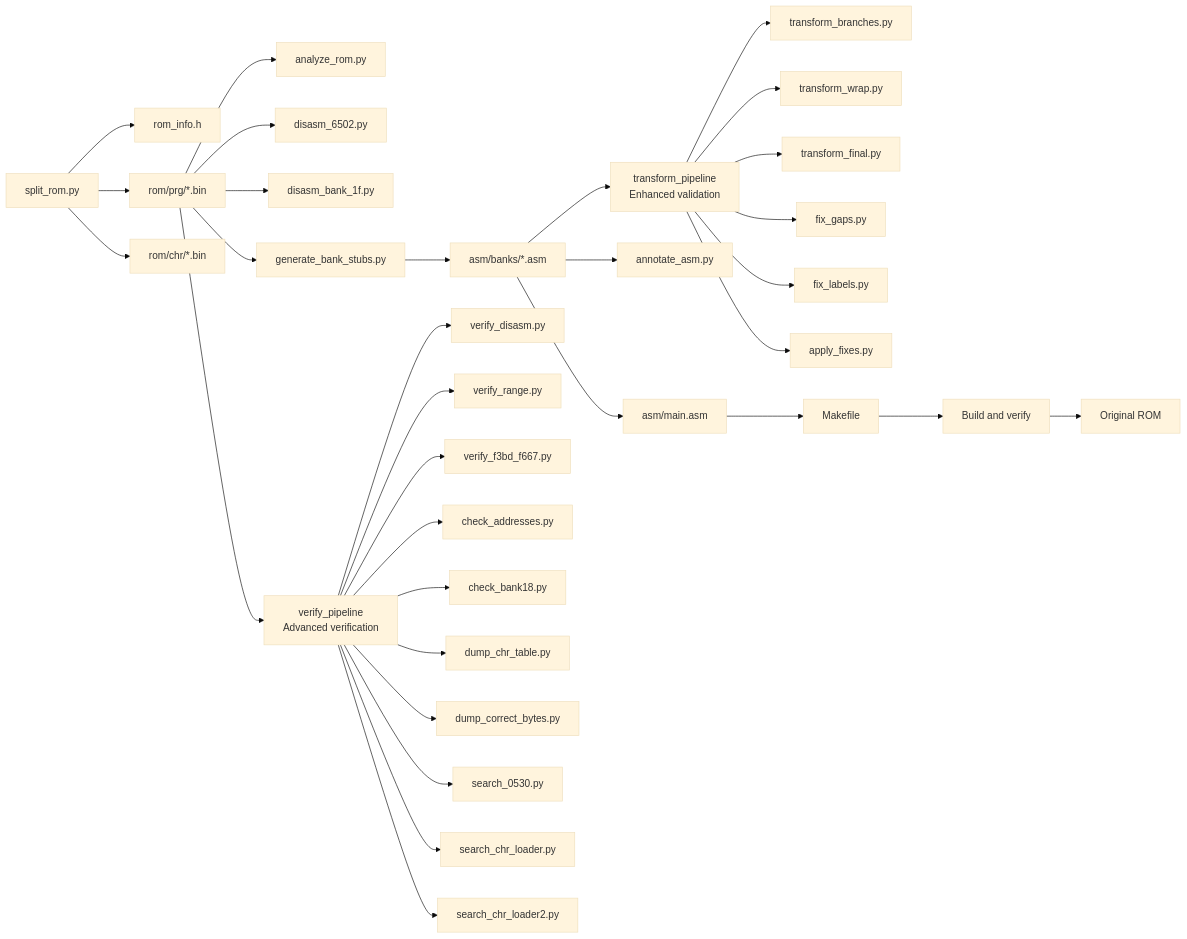
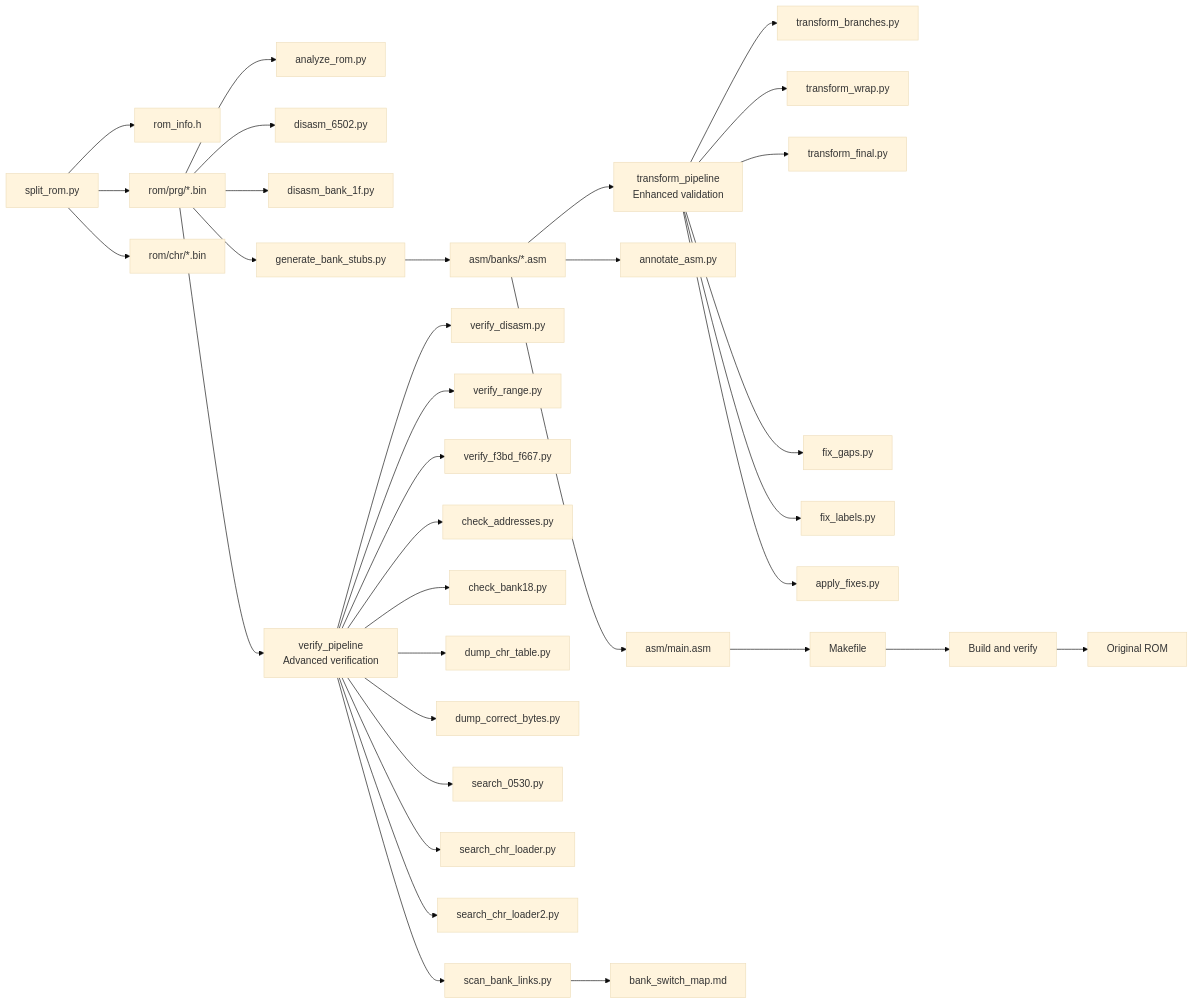
One commit to rabbyzero/sango2dasm changed the tenth of 10 diagrams in .qoder/repowiki/en/content/ROM Analysis and Understanding/ROM Analysis and Understanding.md. Above: the diagram before and after it, drawn with Mermaid (base theme). The commit also changed other lines of this file and 33 other files, not shown here.

````diff
--- a/.qoder/repowiki/en/content/ROM Analysis and Understanding/ROM Analysis and Understanding.md
+++ b/.qoder/repowiki/en/content/ROM Analysis and Understanding/ROM Analysis and Understanding.md
@@ -572,34 +722,36 @@
 ```mermaid
 graph LR
 Split["split_rom.py"] --> Info["rom_info.h"]
 Split --> PRG["rom/prg/*.bin"]
 Split --> CHR["rom/chr/*.bin"]
 PRG --> Analyze["analyze_rom.py"]
 PRG --> Disasm["disasm_6502.py"]
 PRG --> Disasm1F["disasm_bank_1f.py"]
 PRG --> Stubs["generate_bank_stubs.py"]
 Stubs --> Asm["asm/banks/*.asm"]
 Asm --> Transform["transform_pipeline<br/>Enhanced validation"]
 Transform --> Branches["transform_branches.py"]
 Transform --> Wrap["transform_wrap.py"]
 Transform --> Final["transform_final.py"]
 Transform --> Gaps["fix_gaps.py"]
 Transform --> Labels["fix_labels.py"]
 Transform --> Fixes["apply_fixes.py"]
 Asm --> Annot["annotate_asm.py"]
 Asm --> Main["asm/main.asm"]
 Main --> Make["Makefile"]
 PRG --> Verify["verify_pipeline<br/>Advanced verification"]
 Verify --> DisasmVer["verify_disasm.py"]
 Verify --> RangeVer["verify_range.py"]
 Verify --> F3BDVer["verify_f3bd_f667.py"]
 Verify --> AddrCheck["check_addresses.py"]
 Verify --> Bank18["check_bank18.py"]
 Verify --> ChrDump["dump_chr_table.py"]
 Verify --> ByteDump["dump_correct_bytes.py"]
 Verify --> PatSearch["search_0530.py"]
 Verify --> ChrLoader["search_chr_loader.py"]
 Verify --> ChrLoader2["search_chr_loader2.py"]
+Verify --> BankLinks["scan_bank_links.py"]
+BankLinks --> LinkMap["bank_switch_map.md"]
 Make --> Build["Build and verify"]
 Build --> ROM["Original ROM"]
 ```
````
